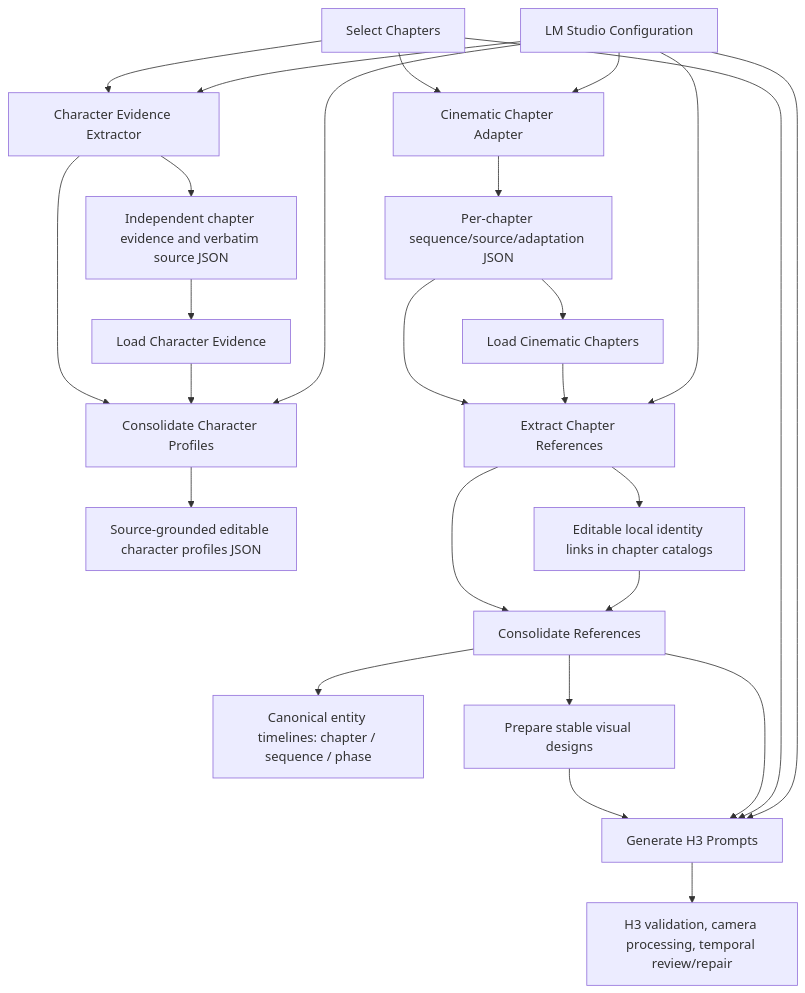
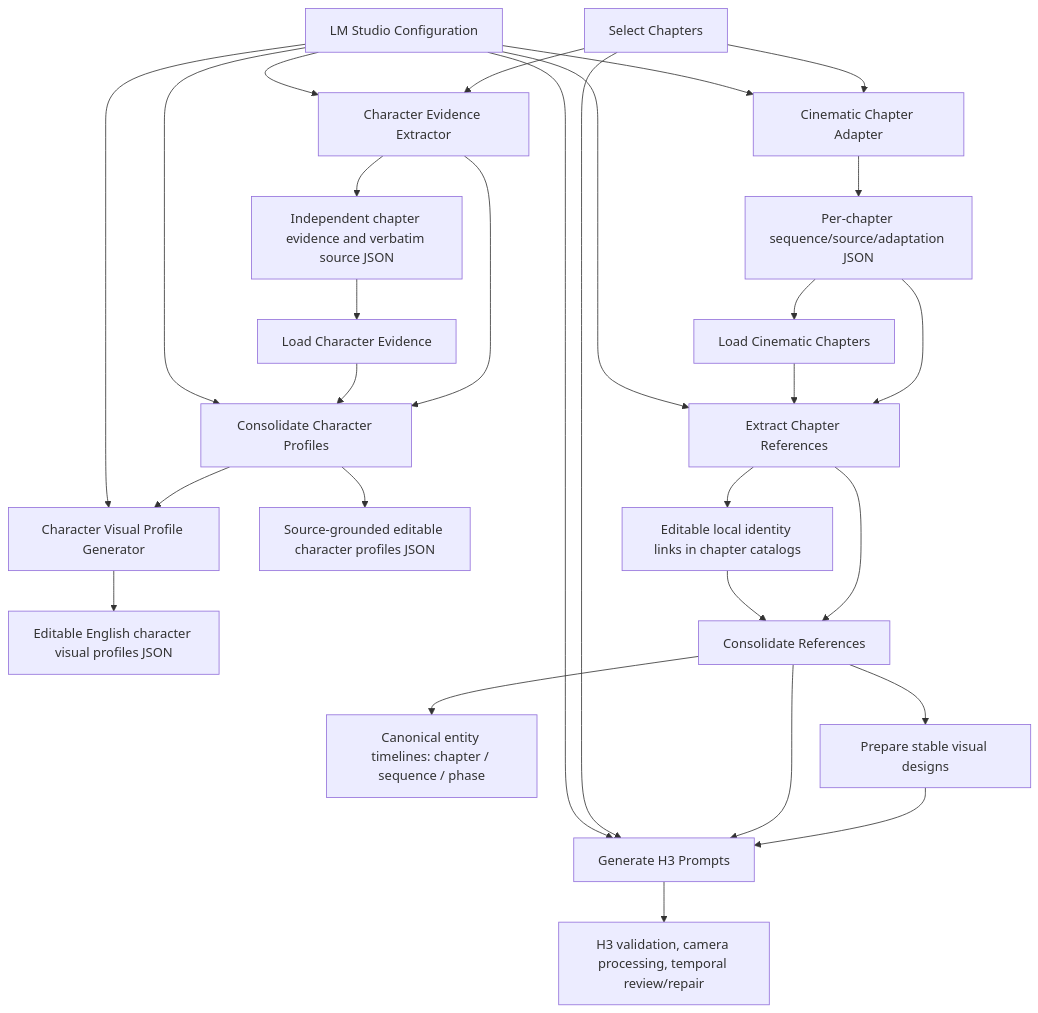
The first of 2 diagrams in docs/architecture.md (yuyuki/ComfyUI-Minimax_H3_Novel_Pipeline), drawn with Mermaid before and after one commit. The commit also changed other lines of this file and 10 other files, not shown here.

Commit message:
Add Character Visual Profile Generator node; implement functionality for generating evidence-linked character designs and update documentation. Enhance architecture and tests to integrate new node.

````diff
--- a/docs/architecture.md
+++ b/docs/architecture.md
@@ -10,28 +10,31 @@
 ```mermaid
 flowchart TD
     selector["Select Chapters"] --> adapter["Cinematic Chapter Adapter"]
     config --> adapter
     selector --> evidence["Character Evidence Extractor"]
     config --> evidence
     evidence --> evidence_json["Independent chapter evidence and verbatim source JSON"]
     evidence_json --> evidence_loader["Load Character Evidence"]
     evidence --> profiles["Consolidate Character Profiles"]
     evidence_loader --> profiles
     config --> profiles
+    profiles --> visual_profiles["Character Visual Profile Generator"]
+    config --> visual_profiles
+    visual_profiles --> visual_json["Editable English character visual profiles JSON"]
     profiles --> profiles_json["Source-grounded editable character profiles JSON"]
     adapter --> adapted["Per-chapter sequence/source/adaptation JSON"]
     adapted --> extract
     adapted --> loader["Load Cinematic Chapters"]
     loader --> extract
     config["LM Studio Configuration"] --> extract["Extract Chapter References"]
     extract --> consolidate["Consolidate References"]
     consolidate --> timeline["Canonical entity timelines: chapter / sequence / phase"]
     extract --> local["Editable local identity links in chapter catalogs"]
     local --> consolidate
     consolidate --> designs["Prepare stable visual designs"]
     designs --> generate["Generate H3 Prompts"]
     consolidate --> generate
     selector --> generate
     config --> generate
     generate --> review["H3 validation, camera processing, temporal review/repair"]
 ```
````
